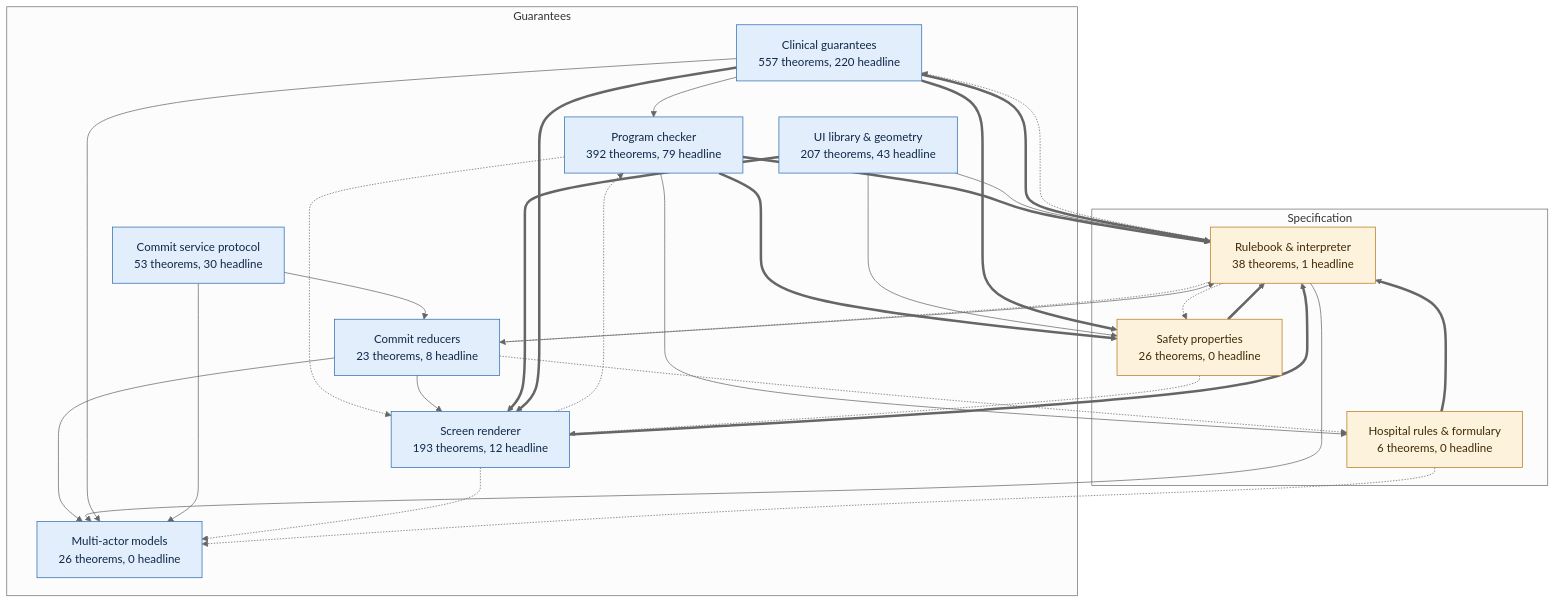
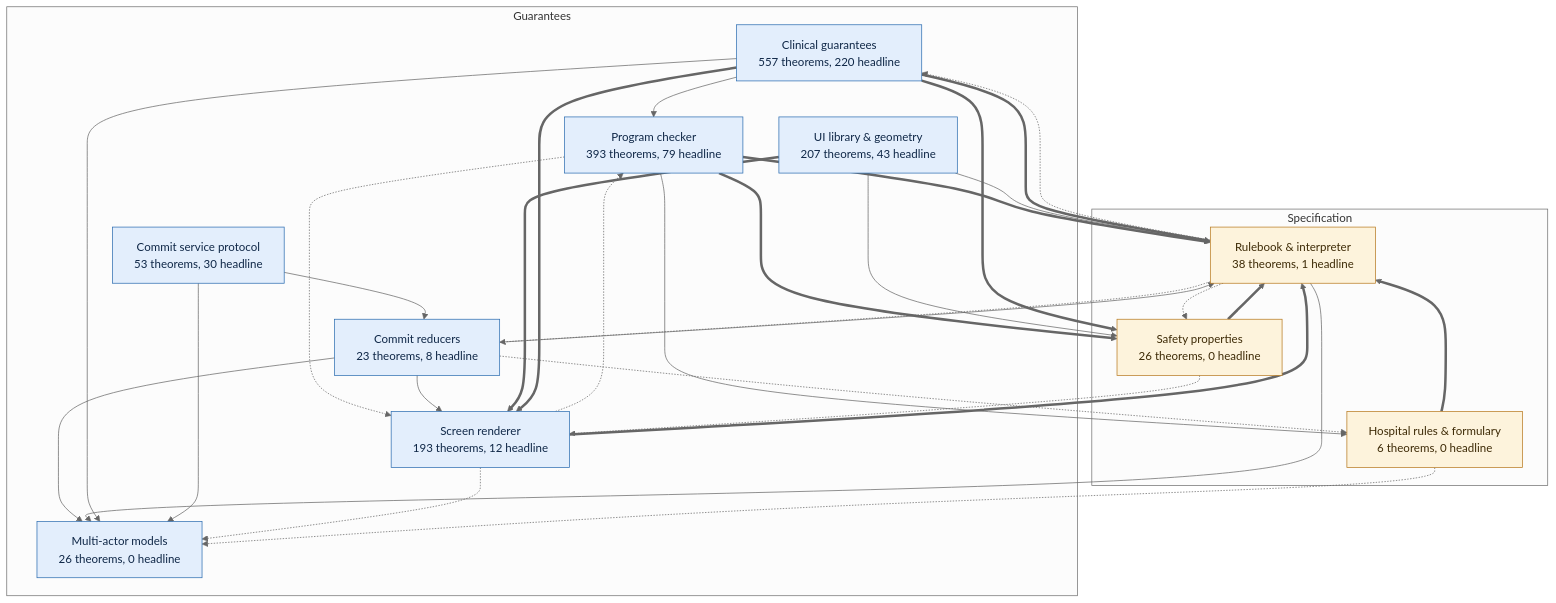
Before and after one commit to saithat/VGI-Health: the first of 10 diagrams in docs/proof-map.md, drawn with Mermaid (neutral theme). The commit also changed 22 other files, not shown here.

````diff
--- a/docs/proof-map.md
+++ b/docs/proof-map.md
@@ -15,48 +15,48 @@
 ```mermaid
 flowchart TB
   subgraph guar_g["Guarantees"]
     proofs["Clinical guarantees<br/>557 theorems, 220 headline"]:::guar
-    check["Program checker<br/>392 theorems, 79 headline"]:::guar
+    check["Program checker<br/>393 theorems, 79 headline"]:::guar
     render["Screen renderer<br/>193 theorems, 12 headline"]:::guar
     layout["UI library &amp; geometry<br/>207 theorems, 43 headline"]:::guar
     commit["Commit reducers<br/>23 theorems, 8 headline"]:::guar
     protocol["Commit service protocol<br/>53 theorems, 30 headline"]:::guar
     multi["Multi-actor models<br/>26 theorems, 0 headline"]:::guar
   end
   subgraph spec_g["Specification"]
     core["Rulebook &amp; interpreter<br/>38 theorems, 1 headline"]:::spec
     props["Safety properties<br/>26 theorems, 0 headline"]:::spec
     specs["Hospital rules &amp; formulary<br/>6 theorems, 0 headline"]:::spec
   end
   check ==> core
   check ==> props
   check -.-> render
   check --> specs
   commit --> core
   commit --> multi
   commit --> render
   commit -.-> specs
   core -.-> commit
   core --> multi
   core -.-> proofs
   core -.-> props
   layout --> core
   layout --> props
   layout ==> render
   proofs --> check
   proofs ==> core
   proofs --> multi
   proofs ==> props
   proofs ==> render
   props ==> core
   props -.-> render
   protocol --> commit
   protocol --> multi
   render -.-> check
   render ==> core
   render -.-> multi
   specs ==> core
   specs -.-> multi
   classDef spec fill:#fdf3dc,stroke:#b7791f,color:#3d2a06
   classDef guar fill:#e3eefc,stroke:#2b6cb0,color:#0f2747
 ```
````
